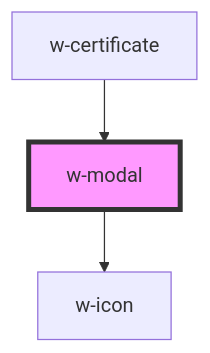
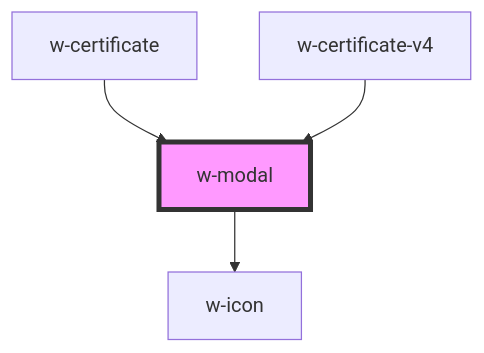
The diagram in src/components/w-modal/readme.md (wordproof/ui), drawn with Mermaid before and after one commit. The commit also changed other lines of this file and 11 other files, not shown here.

````diff
--- a/src/components/w-modal/readme.md
+++ b/src/components/w-modal/readme.md
@@ -40,6 +41,7 @@
 ```mermaid
 graph TD;
   w-modal --> w-icon
   w-certificate --> w-modal
+  w-certificate-v4 --> w-modal
   style w-modal fill:#f9f,stroke:#333,stroke-width:4px
 ```
````
